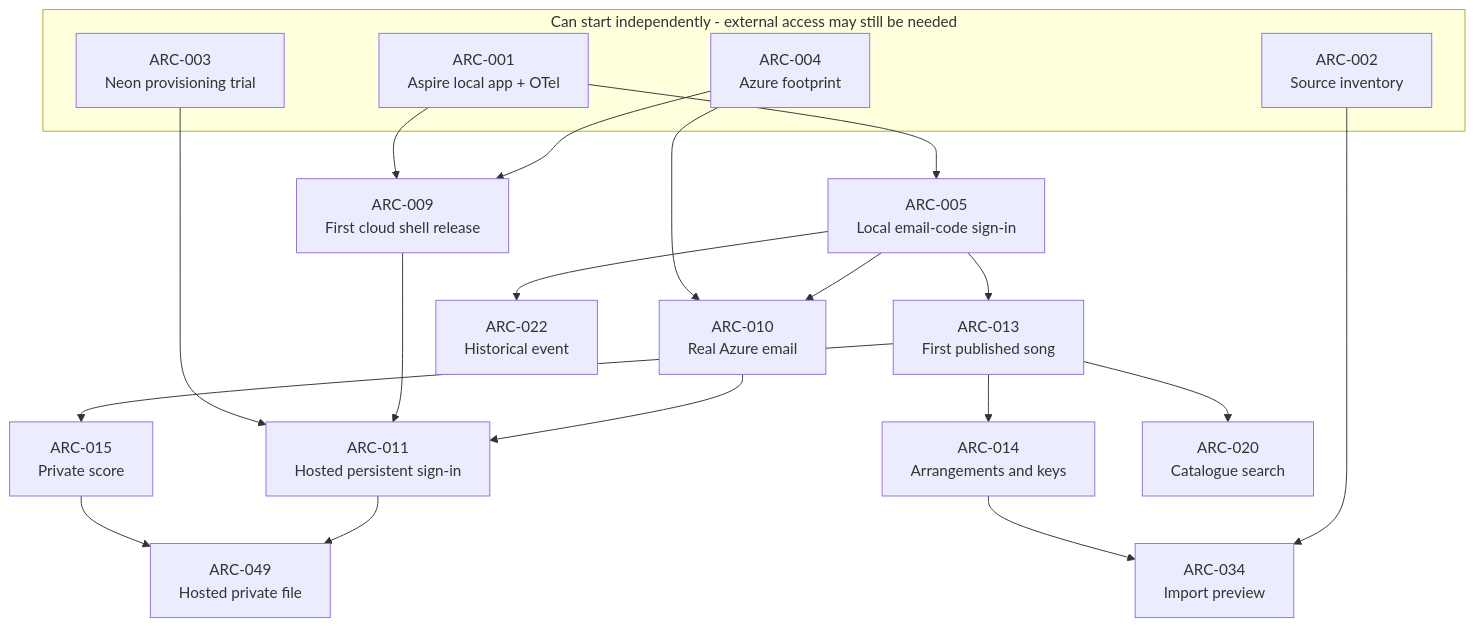
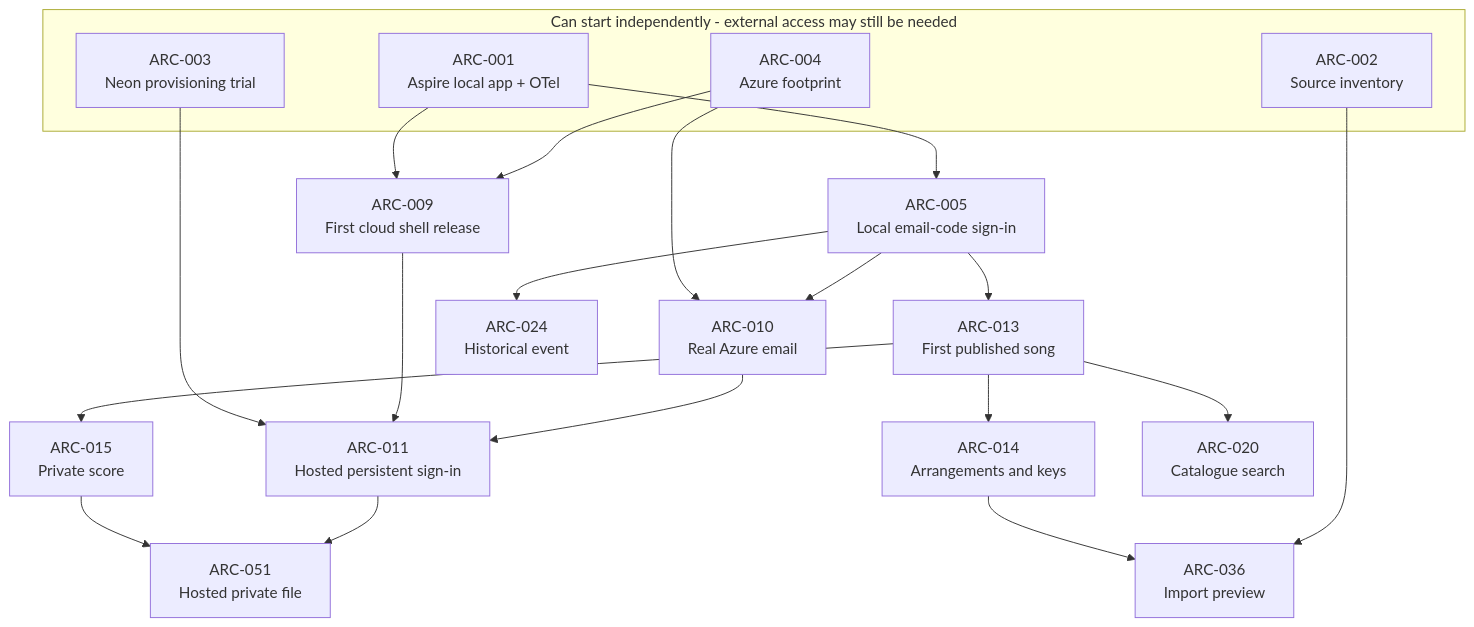
The diagram in docs/plans/006-choir-archive/issues.md (JakobFerdinand/liedertafel), drawn with Mermaid before and after one commit. The commit also changed other lines of this file and 44 other files, not shown here.

````diff
--- a/docs/plans/006-choir-archive/issues.md
+++ b/docs/plans/006-choir-archive/issues.md
@@ -60,28 +62,28 @@
 ```mermaid
 flowchart TB
     subgraph Start["Can start independently - external access may still be needed"]
         I001["ARC-001<br/>Aspire local app + OTel"]
         I002["ARC-002<br/>Source inventory"]
         I003["ARC-003<br/>Neon provisioning trial"]
         I004["ARC-004<br/>Azure footprint"]
     end
 
     I001 --> I005["ARC-005<br/>Local email-code sign-in"]
     I001 --> I009["ARC-009<br/>First cloud shell release"]
     I004 --> I009
     I004 --> I010["ARC-010<br/>Real Azure email"]
     I005 --> I010
     I003 --> I011["ARC-011<br/>Hosted persistent sign-in"]
     I009 --> I011
     I010 --> I011
 
     I005 --> I013["ARC-013<br/>First published song"]
-    I005 --> I022["ARC-022<br/>Historical event"]
+    I005 --> I022["ARC-024<br/>Historical event"]
     I013 --> I014["ARC-014<br/>Arrangements and keys"]
     I013 --> I015["ARC-015<br/>Private score"]
-    I015 --> I049["ARC-049<br/>Hosted private file"]
+    I015 --> I049["ARC-051<br/>Hosted private file"]
     I011 --> I049
     I013 --> I020["ARC-020<br/>Catalogue search"]
-    I014 --> I034["ARC-034<br/>Import preview"]
+    I014 --> I034["ARC-036<br/>Import preview"]
     I002 --> I034
 ```
````
